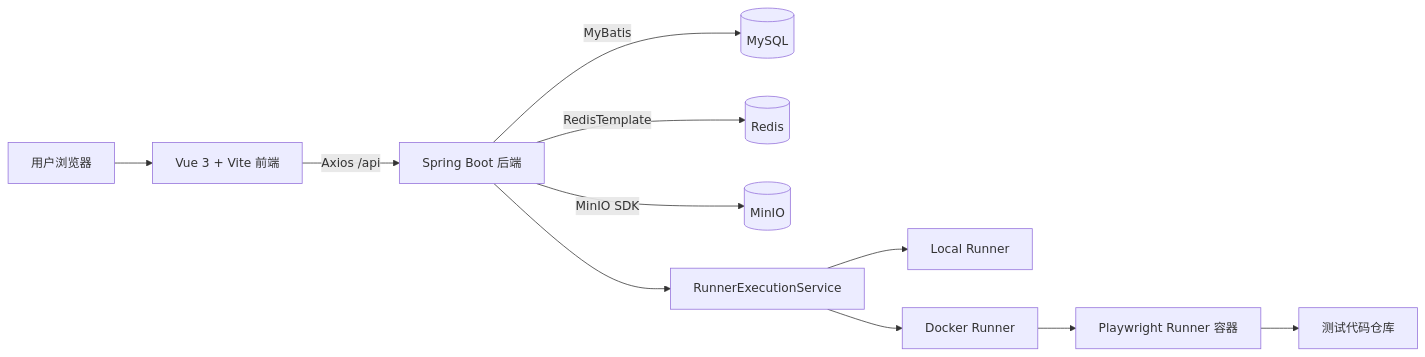
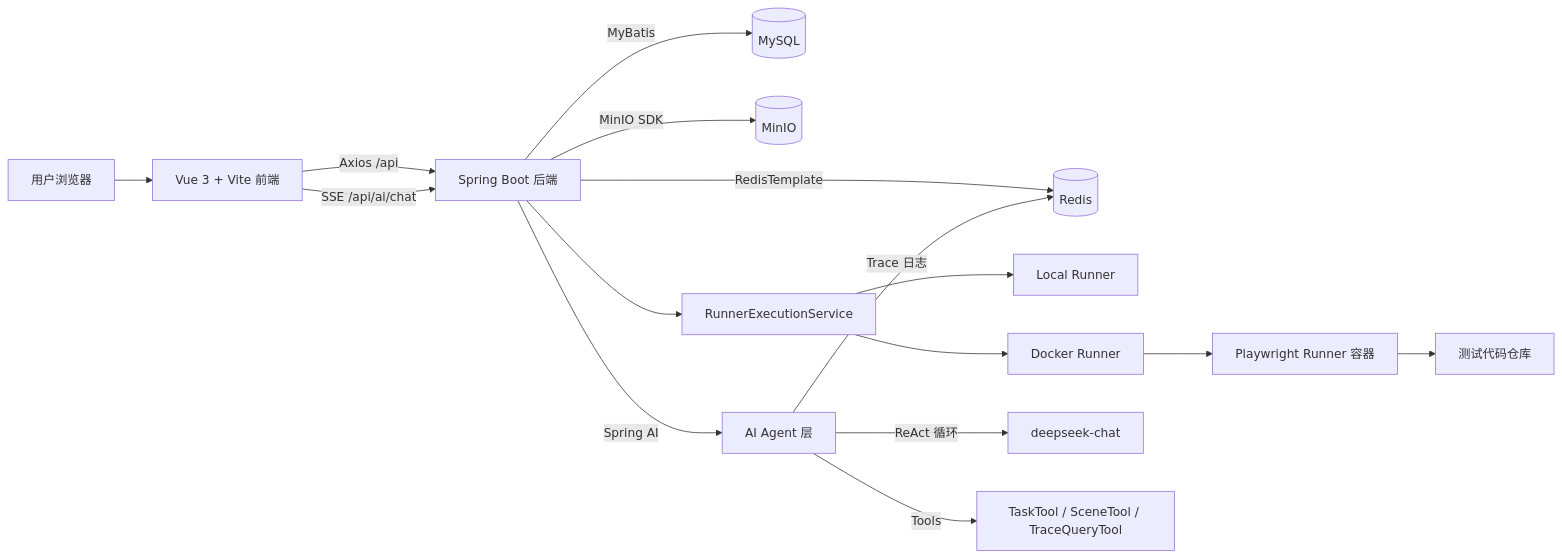
The second of 10 diagrams in docs/guide.md (MenXiaoHuan/testplatform), drawn with Mermaid before and after one commit. The commit also changed other lines of this file and 11 other files, not shown here.

````diff
--- a/docs/guide.md
+++ b/docs/guide.md
@@ -64,13 +68,18 @@
 ```mermaid
 flowchart LR
     User[用户浏览器] --> Web[Vue 3 + Vite 前端]
     Web -->|Axios /api| Server[Spring Boot 后端]
+    Web -->|SSE /api/ai/chat| Server
     Server -->|MyBatis| MySQL[(MySQL)]
     Server -->|RedisTemplate| Redis[(Redis)]
     Server -->|MinIO SDK| MinIO[(MinIO)]
     Server --> Runner[RunnerExecutionService]
     Runner --> Local[Local Runner]
     Runner --> Docker[Docker Runner]
     Docker --> PW[Playwright Runner 容器]
     PW --> Repo[测试代码仓库]
+    Server -->|Spring AI| Agent[AI Agent 层]
+    Agent -->|ReAct 循环| LLM[deepseek-chat]
+    Agent -->|Tools| Tools[TaskTool / SceneTool / TraceQueryTool]
+    Agent -->|Trace 日志| Redis
 ```
````
